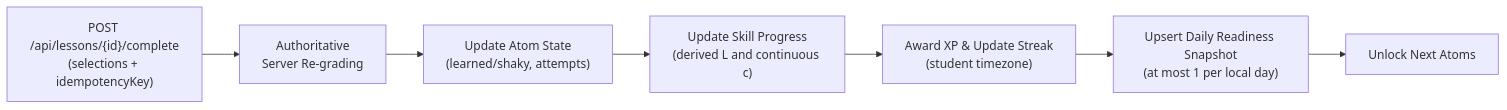
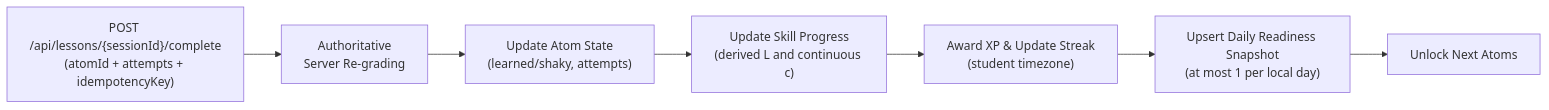
The second of 2 diagrams in docs/05-features-mvp.md (Masar-SCU/Masar), drawn with Mermaid before and after one commit. The commit also changed other lines of this file and 17 other files, not shown here.

Commit message:
docs: address review feedback, re-baseline timeline to June 2027, and add AGENTS.md instructions

````diff
--- a/docs/05-features-mvp.md
+++ b/docs/05-features-mvp.md
@@ -379,9 +379,9 @@
 ```mermaid
 flowchart LR
-    A["POST /api/lessons/{id}/complete<br/>(selections + idempotencyKey)"] --> B["Authoritative<br/>Server Re-grading"]
+    A["POST /api/lessons/{sessionId}/complete<br/>(atomId + attempts + idempotencyKey)"] --> B["Authoritative<br/>Server Re-grading"]
     B --> C["Update Atom State<br/>(learned/shaky, attempts)"]
     C --> D["Update Skill Progress<br/>(derived L and continuous c)"]
     D --> E["Award XP & Update Streak<br/>(student timezone)"]
     E --> F["Upsert Daily Readiness Snapshot<br/>(at most 1 per local day)"]
     F --> G["Unlock Next Atoms"]
 ```
````
